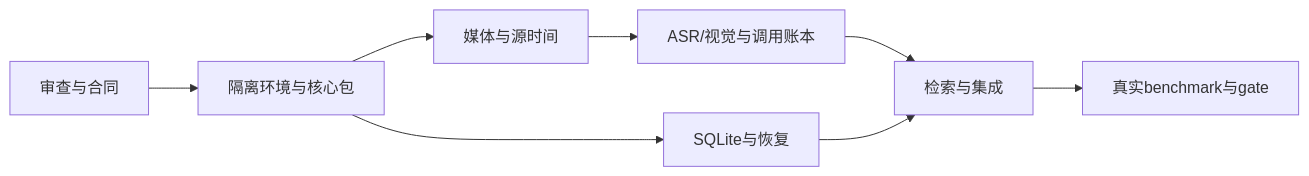
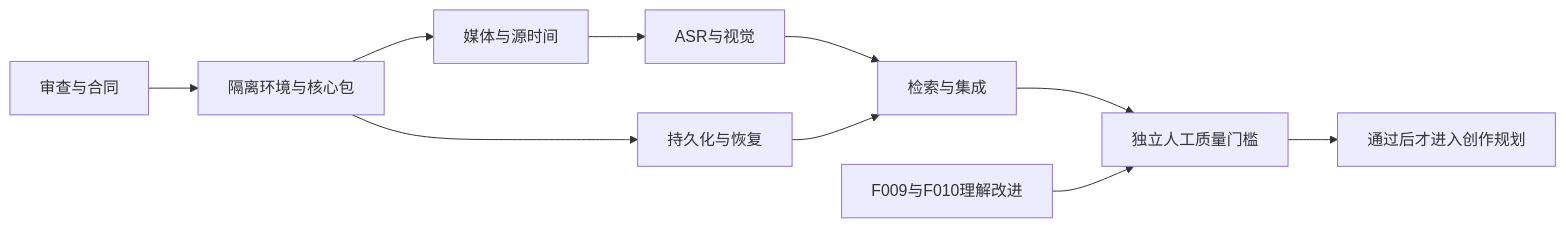
One commit to happye/GameingCreatorAgent changed the diagram in docs/exec-plans/phase-0-plan.md. Above: the diagram before and after it, drawn with Mermaid. The commit also changed other lines of this file and 21 other files, not shown here.

````diff
--- a/docs/exec-plans/phase-0-plan.md
+++ b/docs/exec-plans/phase-0-plan.md
@@ -192,10 +32,12 @@
 ```mermaid
 flowchart LR
     F000[审查与合同] --> F001[隔离环境与核心包]
     F001 --> F002[媒体与源时间]
-    F002 --> F003[ASR/视觉与调用账本]
-    F001 --> F004[SQLite与恢复]
+    F002 --> F003[ASR与视觉]
+    F001 --> F004[持久化与恢复]
     F003 --> F005[检索与集成]
     F004 --> F005
-    F005 --> F006[真实benchmark与gate]
+    F005 --> F006[独立人工质量门槛]
+    F009[F009与F010理解改进] --> F006
+    F006 --> PLANNER[通过后才进入创作规划]
 ```
````
